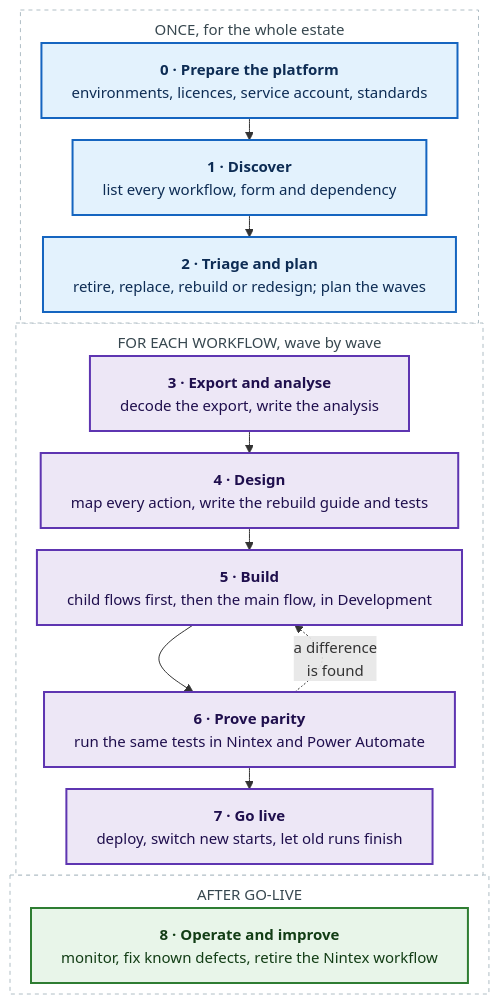
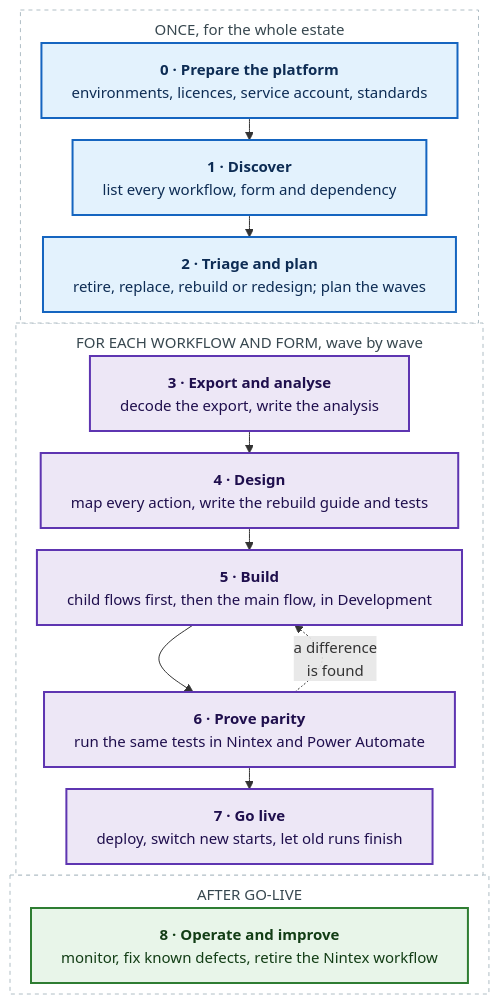
Before and after one commit to destroyer342/SP2016: the diagram in docs/images/migration-pipeline.mmd, drawn with Mermaid. The commit also changed 8 other files, not shown here.

```diff
--- a/docs/images/migration-pipeline.mmd
+++ b/docs/images/migration-pipeline.mmd
@@ -1,40 +1,40 @@
 ---
 config:
   flowchart:
     useMaxWidth: false
     nodeSpacing: 22
     rankSpacing: 22
     wrappingWidth: 420
     subGraphTitleMargin:
       top: 8
       bottom: 14
   themeVariables:
     fontSize: 15px
 ---
 flowchart TB
     classDef once fill:#e3f2fd,stroke:#1565c0,stroke-width:2px,color:#0d2c54
     classDef each fill:#ede7f6,stroke:#5e35b1,stroke-width:2px,color:#1f0f4d
     classDef after fill:#e8f5e9,stroke:#2e7d32,stroke-width:2px,color:#123d15
     classDef grp fill:#ffffff,stroke:#b0bec5,stroke-dasharray:4 4,color:#37474f
 
     subgraph ONCE["ONCE, for the whole estate"]
         S0["<b>0 · Prepare the platform</b><br/>environments, licences, service account, standards"]:::once
         S1["<b>1 · Discover</b><br/>list every workflow, form and dependency"]:::once
         S2["<b>2 · Triage and plan</b><br/>retire, replace, rebuild or redesign; plan the waves"]:::once
         S0 --> S1 --> S2
     end
-    subgraph EACH["FOR EACH WORKFLOW, wave by wave"]
+    subgraph EACH["FOR EACH WORKFLOW AND FORM, wave by wave"]
         S3["<b>3 · Export and analyse</b><br/>decode the export, write the analysis"]:::each
         S4["<b>4 · Design</b><br/>map every action, write the rebuild guide and tests"]:::each
         S5["<b>5 · Build</b><br/>child flows first, then the main flow, in Development"]:::each
         S6["<b>6 · Prove parity</b><br/>run the same tests in Nintex and Power Automate"]:::each
         S7["<b>7 · Go live</b><br/>deploy, switch new starts, let old runs finish"]:::each
         S3 --> S4 --> S5 --> S6 --> S7
         S6 -.->|"a difference<br/>is found"| S5
     end
     subgraph AFTER["AFTER GO-LIVE"]
         S8["<b>8 · Operate and improve</b><br/>monitor, fix known defects, retire the Nintex workflow"]:::after
     end
     S2 ~~~ S3
     S7 ~~~ S8
     class ONCE,EACH,AFTER grp
```
